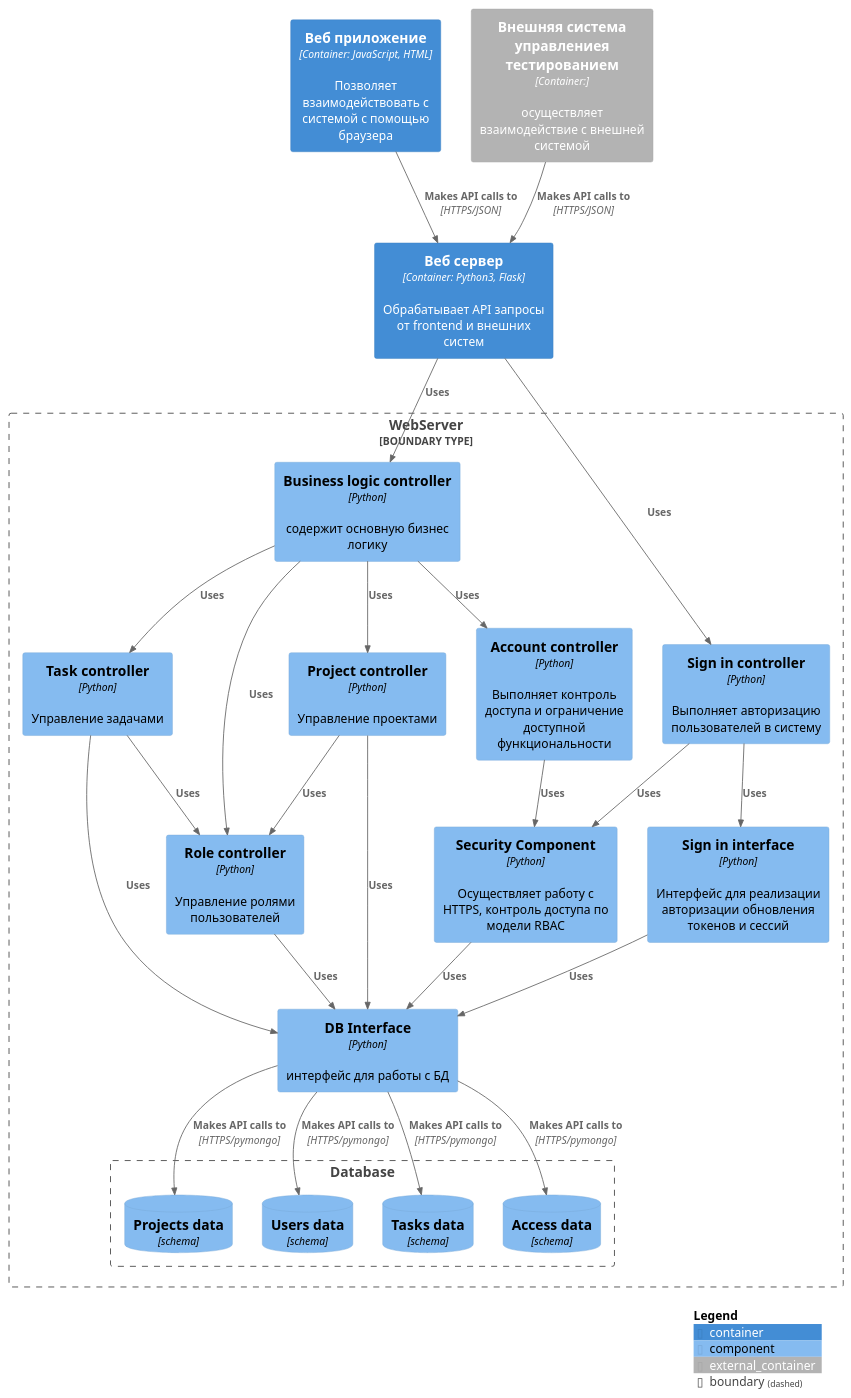
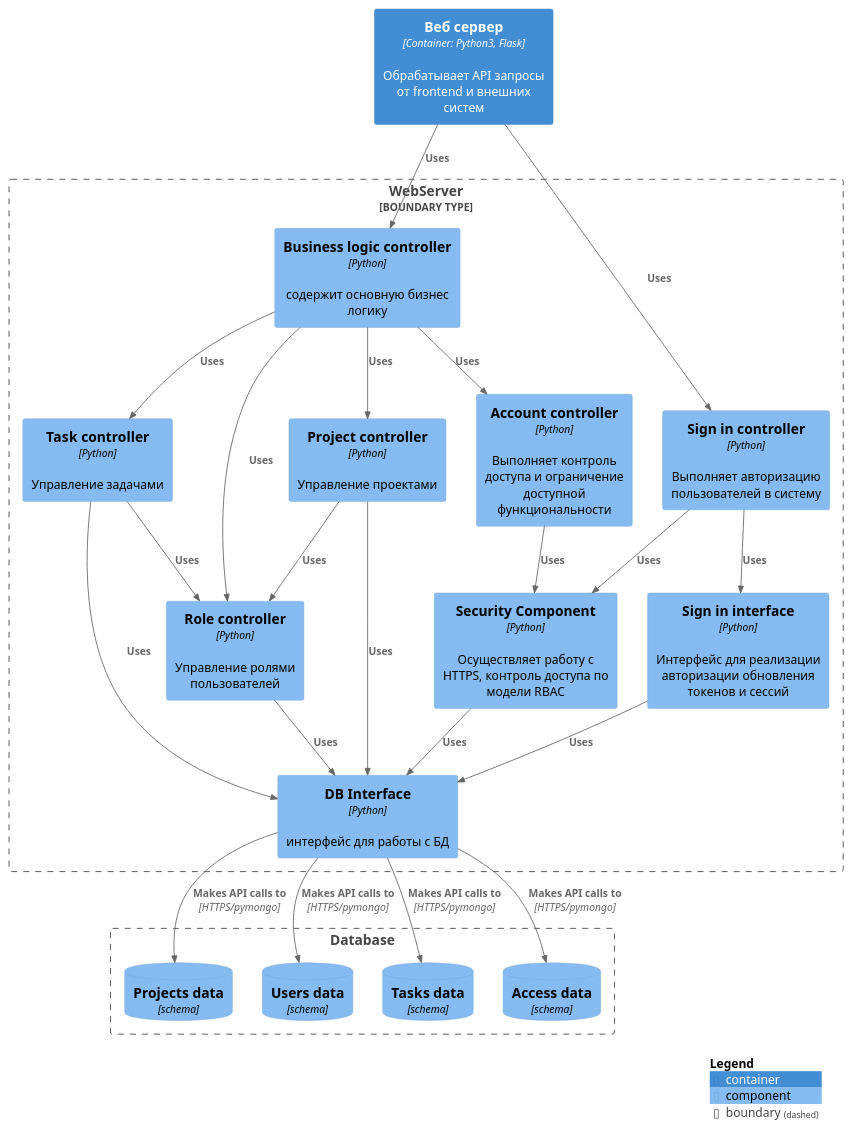
Before and after one commit to meyakovenkoj/sup-project: the diagram in C4/component.puml, drawn with PlantUML.

Commit message:
#22 выношу бд за пределы веб-сервера

```diff
--- a/C4/component.puml
+++ b/C4/component.puml
@@ -1,50 +1,47 @@
 @startuml component
 !include C4_Component.puml
 
 Container(WebServer, "Веб сервер",  "Container: Python3, Flask", "Обрабатывает API запросы от frontend и внешних систем")
-Container(WebApp, "Веб приложение",  "Container: JavaScript, HTML", "Позволяет взаимодействовать с системой с помощью браузера")
-Container_Ext(TMS, "Внешняя система управлениея тестированием",  "Container:", "осуществляет взаимодействие с внешней системой")
 
 Boundary(mainBoundary, "WebServer", $type="BOUNDARY TYPE", $tags="v1") {
     Component(SignInController, "Sign in controller", "Python", "Выполняет авторизацию пользователей в систему")
     Component(SignInInterface, "Sign in interface", "Python", "Интерфейс для реализации авторизации обновления токенов и сессий")
     Component(SecurityComponent, "Security Component", "Python", "Осуществляет работу с HTTPS, контроль доступа по модели RBAC")
     Component(AccountController, "Account controller", "Python", "Выполняет контроль доступа и ограничение доступной функциональности")
     Component(BusinessLogicController, "Business logic controller", "Python", "содержит основную бизнес логику")
     Component(ProjectController, "Project controller", "Python", "Управление проектами")
     Component(DbInterface, "DB Interface", "Python", "интерфейс для работы с БД")
     Component(TaskController, "Task controller", "Python", "Управление задачами")
     Component(RoleController, "Role controller", "Python", "Управление ролями пользователей")
-    Boundary(database, "Database") {
-        ComponentDb(projectsData, "Projects data", "schema")
-        ComponentDb(usersData, "Users data", "schema")
-        ComponentDb(tasksData, "Tasks data", "schema")
-        ComponentDb(accessData, "Access data", "schema")
-    }
 }
 
-Rel(WebApp, WebServer, "Makes API calls to", "HTTPS/JSON")
-Rel(TMS, WebServer, "Makes API calls to", "HTTPS/JSON")
+Boundary(database, "Database") {
+    ComponentDb(projectsData, "Projects data", "schema")
+    ComponentDb(usersData, "Users data", "schema")
+    ComponentDb(tasksData, "Tasks data", "schema")
+    ComponentDb(accessData, "Access data", "schema")
+}
+
 Rel(DbInterface, projectsData, "Makes API calls to", "HTTPS/pymongo")
 Rel(DbInterface, usersData, "Makes API calls to", "HTTPS/pymongo")
 Rel(DbInterface, tasksData, "Makes API calls to", "HTTPS/pymongo")
 Rel(DbInterface, accessData, "Makes API calls to", "HTTPS/pymongo")
 Rel(WebServer, SignInController, "Uses")
 Rel(WebServer, BusinessLogicController, "Uses")
 Rel(SignInController, SecurityComponent, "Uses")
 Rel(SignInController, SignInInterface, "Uses")
 Rel(SignInInterface, DbInterface, "Uses")
 Rel(BusinessLogicController, AccountController, "Uses")
 Rel(SecurityComponent, DbInterface, "Uses")
 Rel(AccountController, SecurityComponent, "Uses")
 Rel(BusinessLogicController, ProjectController, "Uses")
 Rel(BusinessLogicController, TaskController, "Uses")
 Rel(BusinessLogicController, RoleController, "Uses")
 Rel(ProjectController, RoleController, "Uses")
 Rel(TaskController, RoleController, "Uses")
 Rel(RoleController, DbInterface, "Uses")
 Rel(ProjectController, DbInterface, "Uses")
 Rel(TaskController, DbInterface, "Uses")
 
 SHOW_LEGEND()
 @enduml
```
